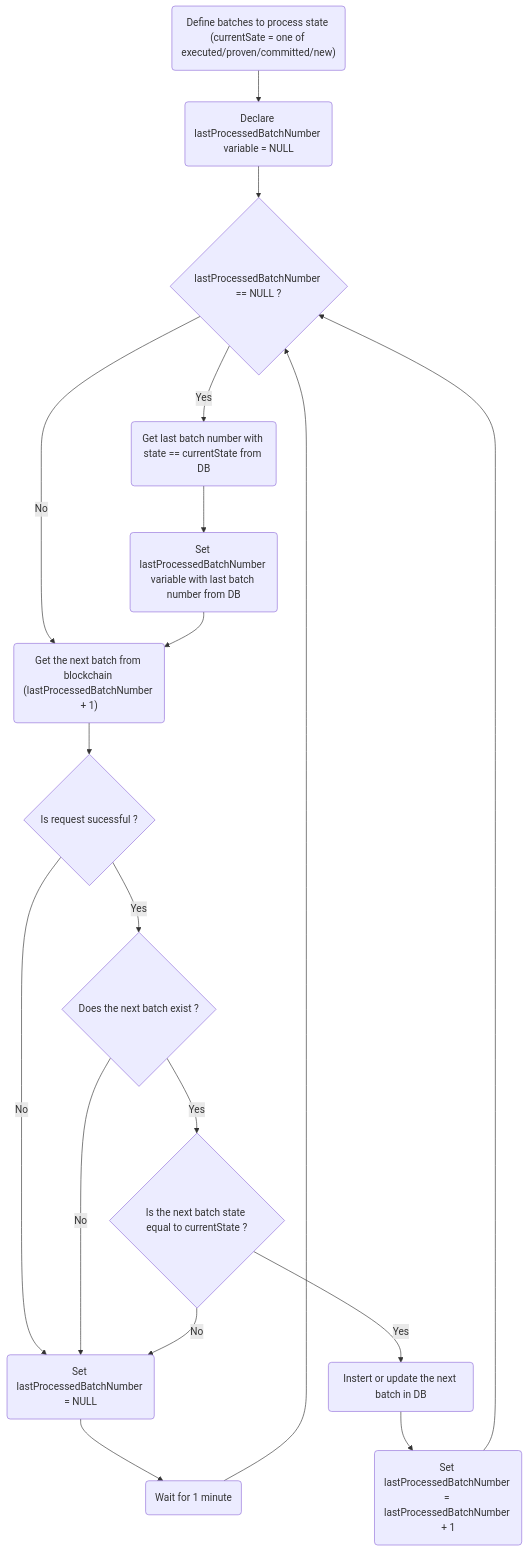
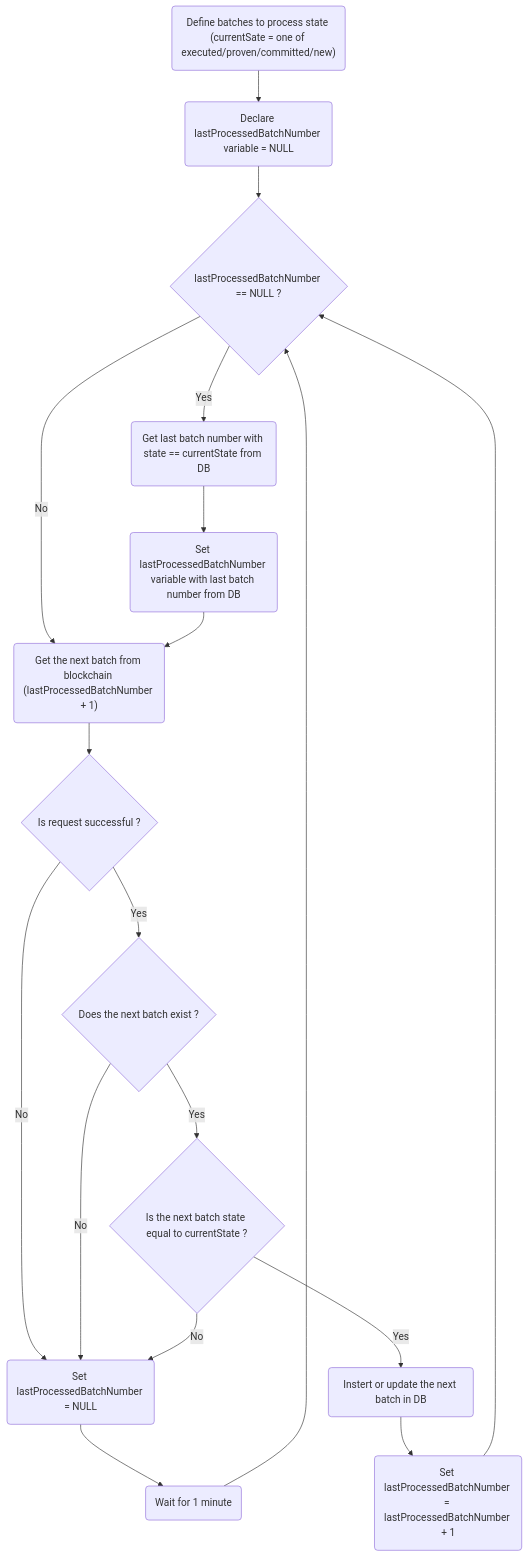
The diagram in packages/worker/diagrams/batches-processing.flow.md (matter-labs/block-explorer), drawn with Mermaid before and after one commit. The commit also changed 1 other file, not shown here.

````diff
--- a/packages/worker/diagrams/batches-processing.flow.md
+++ b/packages/worker/diagrams/batches-processing.flow.md
@@ -5,20 +5,20 @@
 ```mermaid
 flowchart
   SetCurrentState("Define batches to process state (currentSate = one of executed/proven/committed/new)") --> DeclareLastProcessedBatchNumberVar(Declare lastProcessedBatchNumber variable = NULL)
   DeclareLastProcessedBatchNumberVar --> CheckIfLastProcessedBatchNumberIsNull{lastProcessedBatchNumber == NULL ?}
   CheckIfLastProcessedBatchNumberIsNull --> |Yes| GetLastBatchFromDB(Get last batch number with state == currentState from DB)
   GetLastBatchFromDB --> SetLastDBBatch(Set lastProcessedBatchNumber variable with last batch number from DB)
   CheckIfLastProcessedBatchNumberIsNull --> |No| GetNextBatchFromBlockchain
   SetLastDBBatch --> GetNextBatchFromBlockchain("Get the next batch from blockchain (lastProcessedBatchNumber + 1)")
-  GetNextBatchFromBlockchain --> CheckIfRequestSuccessful{Is request sucessful ?}
+  GetNextBatchFromBlockchain --> CheckIfRequestSuccessful{Is request successful ?}
   CheckIfRequestSuccessful --> |No| ResetLastDBBatch(Set lastProcessedBatchNumber = NULL)
   CheckIfRequestSuccessful --> |Yes| CheckIfBatchExists{Does the next batch exist ?}
   CheckIfBatchExists --> |No| ResetLastDBBatch(Set lastProcessedBatchNumber = NULL)
   ResetLastDBBatch --> WaitFor1Minute(Wait for 1 minute)
   WaitFor1Minute --> CheckIfLastProcessedBatchNumberIsNull
   CheckIfBatchExists --> |Yes| CheckIfNextBatchHasTheSameState{Is the next batch state equal to currentState ?}
   CheckIfNextBatchHasTheSameState --> |No| ResetLastDBBatch
   CheckIfNextBatchHasTheSameState --> |Yes| UpsertBatchInDB(Instert or update the next batch in DB)
   UpsertBatchInDB --> IncrementLastProcessedDBBatchNumber(Set lastProcessedBatchNumber = lastProcessedBatchNumber + 1)
   IncrementLastProcessedDBBatchNumber --> CheckIfLastProcessedBatchNumberIsNull
 ```
````
